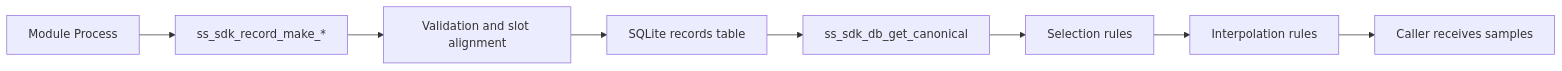
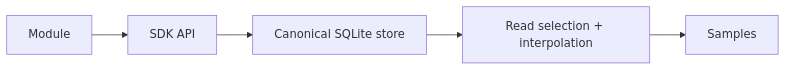
The first of 4 diagrams in docs/manual/sdk.md (Under-Bordet-AB/Sunspots), drawn with Mermaid before and after one commit. The commit also changed other lines of this file and 2 other files, not shown here.

Commit message:
Added SDK to report. Updated SDK manual and doxygen for sdk.h

````diff
--- a/docs/manual/sdk.md
+++ b/docs/manual/sdk.md
@@ -43,10 +16,7 @@
 ```mermaid
 flowchart LR
-    A[Module Process] --> B[ss_sdk_record_make_*]
-    B --> C[Validation and slot alignment]
-    C --> D[SQLite records table]
-    D --> E[ss_sdk_db_get_canonical]
-    E --> F[Selection rules]
-    F --> G[Interpolation rules]
-    G --> H[Caller receives samples]
+    A[Module] --> B[SDK API]
+    B --> C[Canonical SQLite store]
+    C --> D[Read selection + interpolation]
+    D --> E[Samples]
 ```
````
